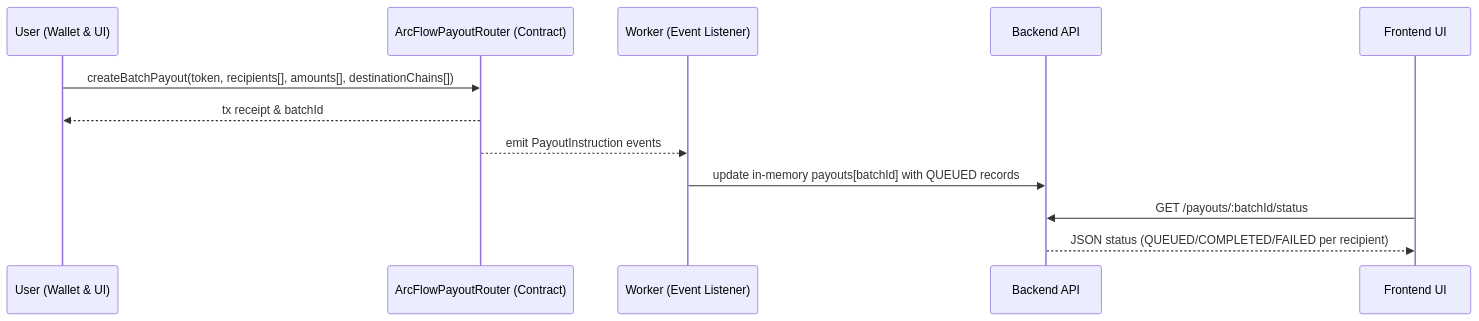
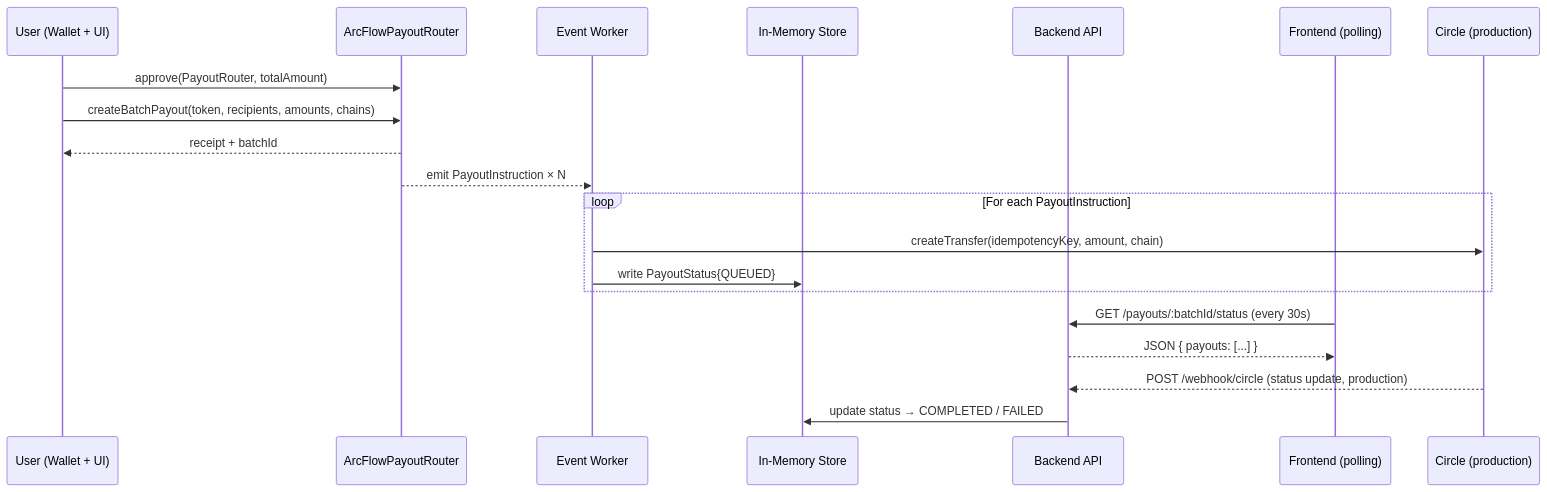
Before and after one commit to MasteraSnackin/ArcFlow-Treasury: the third of 3 diagrams in ARCHITECTURE.md, drawn with Mermaid. The commit also changed other lines of this file, not shown here.

First line of the commit message:
docs: regenerate ARCHITECTURE.md from professional template

````diff
--- a/ARCHITECTURE.md
+++ b/ARCHITECTURE.md
@@ -332,15 +298,23 @@
 ```mermaid
 sequenceDiagram
-  participant U as User (Wallet & UI)
-  participant C as ArcFlowPayoutRouter (Contract)
-  participant W as Worker (Event Listener)
-  participant B as Backend API
-  participant F as Frontend UI
+  participant U  as User (Wallet + UI)
+  participant C  as ArcFlowPayoutRouter
+  participant W  as Event Worker
+  participant S  as In-Memory Store
+  participant B  as Backend API
+  participant F  as Frontend (polling)
+  participant Ci as Circle (production)
 
-  U->>C: createBatchPayout(token, recipients[], amounts[], destinationChains[])
-  C-->>U: tx receipt & batchId
-  C-->>W: emit PayoutInstruction events
-  W->>B: update in-memory payouts[batchId] with QUEUED records
-  F->>B: GET /payouts/:batchId/status
-  B-->>F: JSON status (QUEUED/COMPLETED/FAILED per recipient)
+  U->>C: approve(PayoutRouter, totalAmount)
+  U->>C: createBatchPayout(token, recipients, amounts, chains)
+  C-->>U: receipt + batchId
+  C-->>W: emit PayoutInstruction × N
+  loop For each PayoutInstruction
+    W->>Ci: createTransfer(idempotencyKey, amount, chain)
+    W->>S: write PayoutStatus{QUEUED}
+  end
+  F->>B: GET /payouts/:batchId/status (every 30s)
+  B-->>F: JSON { payouts: [...] }
+  Ci-->>B: POST /webhook/circle (status update, production)
+  B->>S: update status → COMPLETED / FAILED
 ```
````
